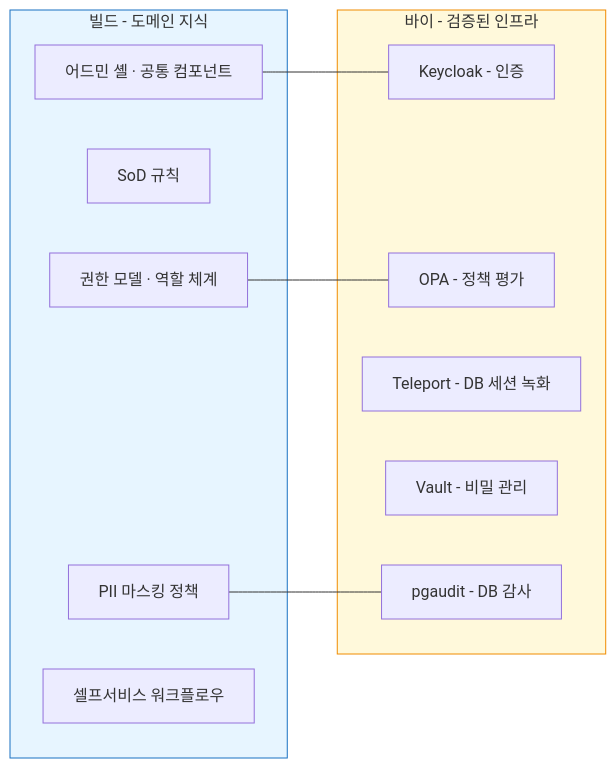
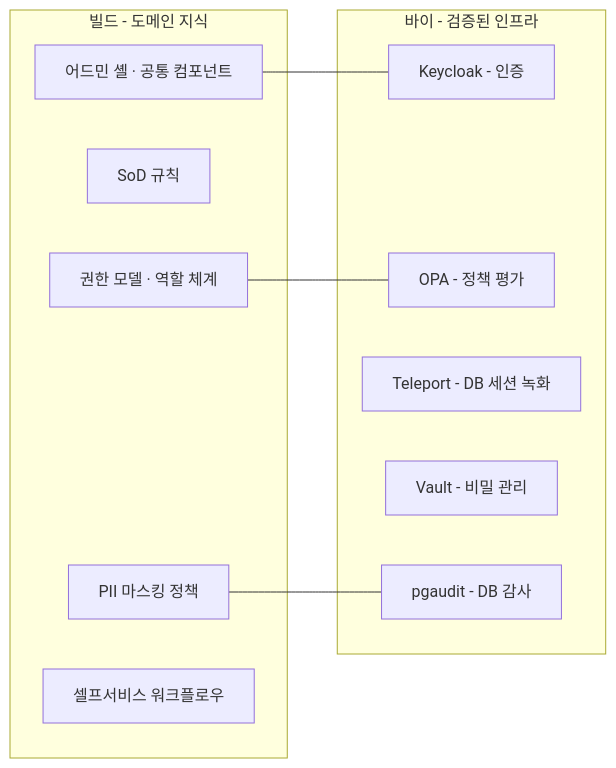
Before and after one commit to withwooyong/withwooyong.github.io: the tenth of 13 diagrams in pages/product-lead-loadmap/03_공통어드민.md, drawn with Mermaid. The commit also changed other lines of this file and 16 other files, not shown here.

````diff
--- a/pages/product-lead-loadmap/03_공통어드민.md
+++ b/pages/product-lead-loadmap/03_공통어드민.md
@@ -948,25 +848,22 @@
 ```mermaid
 flowchart LR
     subgraph BUILD["빌드 - 도메인 지식"]
         B1["권한 모델 · 역할 체계"]
         B2["SoD 규칙"]
         B3["PII 마스킹 정책"]
         B4["어드민 셸 · 공통 컴포넌트"]
         B5["셀프서비스 워크플로우"]
     end
 
     subgraph BUY["바이 - 검증된 인프라"]
         Y1["Keycloak - 인증"]
         Y2["OPA - 정책 평가"]
         Y3["Teleport - DB 세션 녹화"]
         Y4["Vault - 비밀 관리"]
         Y5["pgaudit - DB 감사"]
     end
 
     B1 --- Y2
     B4 --- Y1
     B3 --- Y5
-
-    style BUILD fill:#e7f5ff,stroke:#1971c2
-    style BUY fill:#fff9db,stroke:#f08c00
 ```
````
